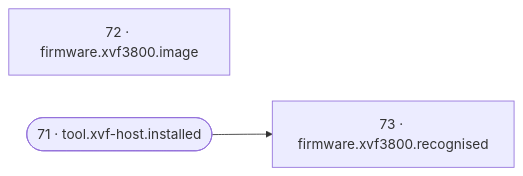
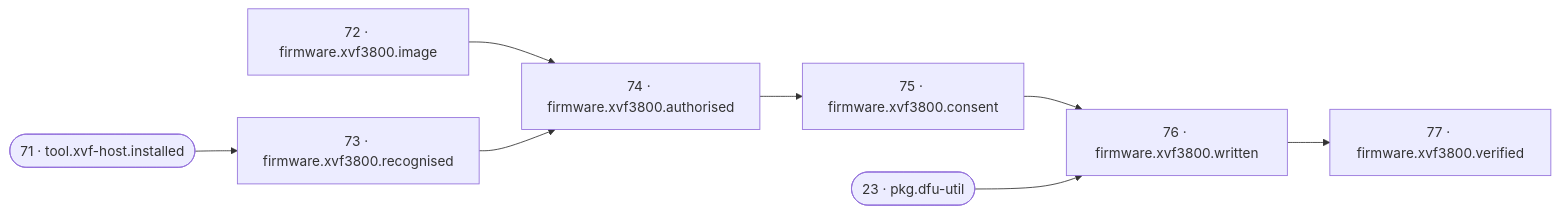
Diagram 19 of 21 in reference/reconcile-dag.md (SixFive7/FrameLink), drawn with Mermaid before and after one commit. The commit also changed other lines of this file and 10 other files, not shown here.

````diff
--- a/reference/reconcile-dag.md
+++ b/reference/reconcile-dag.md
@@ -509,7 +514,18 @@
 ```mermaid
 flowchart LR
   r72["72 · firmware.xvf3800.image"]
   r73["73 · firmware.xvf3800.recognised"]
+  r74["74 · firmware.xvf3800.authorised"]
+  r75["75 · firmware.xvf3800.consent"]
+  r76["76 · firmware.xvf3800.written"]
+  r77["77 · firmware.xvf3800.verified"]
+  r23(["23 · pkg.dfu-util"])
   r71(["71 · tool.xvf-host.installed"])
   r71 --> r73
+  r72 --> r74
+  r73 --> r74
+  r74 --> r75
+  r75 --> r76
+  r23 --> r76
+  r76 --> r77
 ```
````
